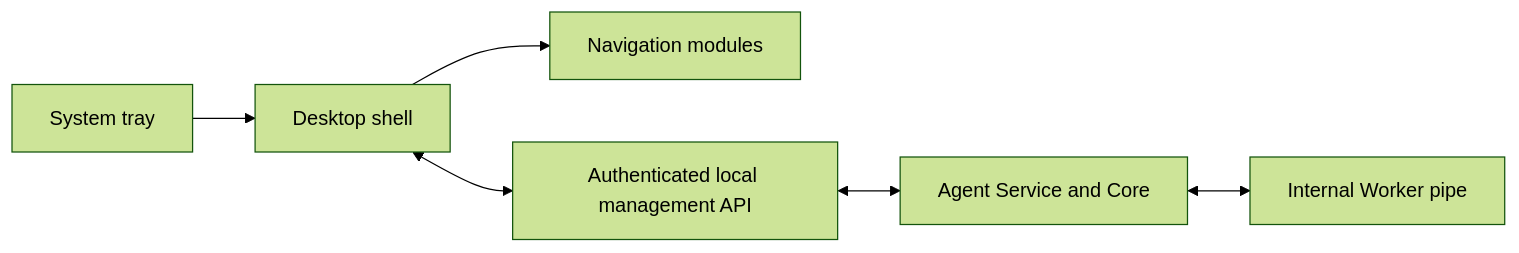
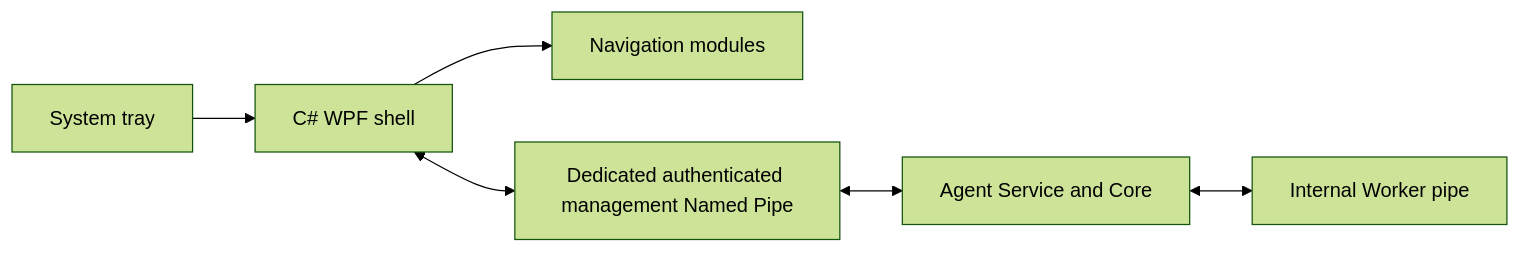
One commit to AmirrezaSobhi/agent changed the diagram in docs/architecture/DESKTOP_UI.md. Above: the diagram before and after it, drawn with Mermaid (forest theme). The commit also changed other lines of this file and 35 other files, not shown here.

Commit message:
docs: finalize v0.1.4 WPF architecture

````diff
--- a/docs/architecture/DESKTOP_UI.md
+++ b/docs/architecture/DESKTOP_UI.md
@@ -17,13 +19,13 @@
 ```mermaid
 flowchart LR
-  UI[Desktop shell]
+  UI[C# WPF shell]
   Modules[Navigation modules]
   Tray[System tray]
-  API[Authenticated local management API]
+  API[Dedicated authenticated management Named Pipe]
   Service[Agent Service and Core]
   Worker[Internal Worker pipe]
   UI --> Modules
   UI <--> API <--> Service
   Tray --> UI
   Service <--> Worker
 ```
````
